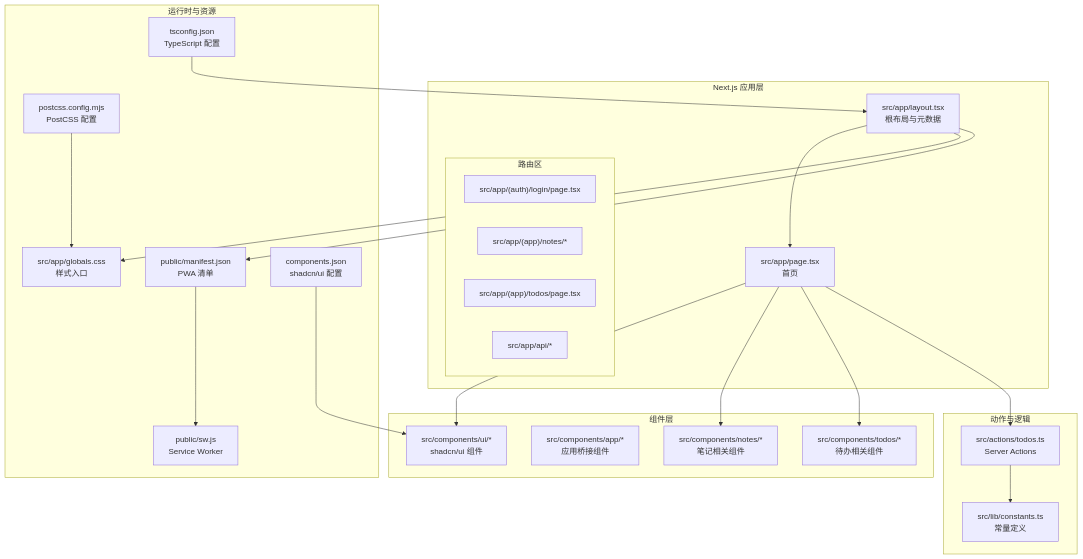
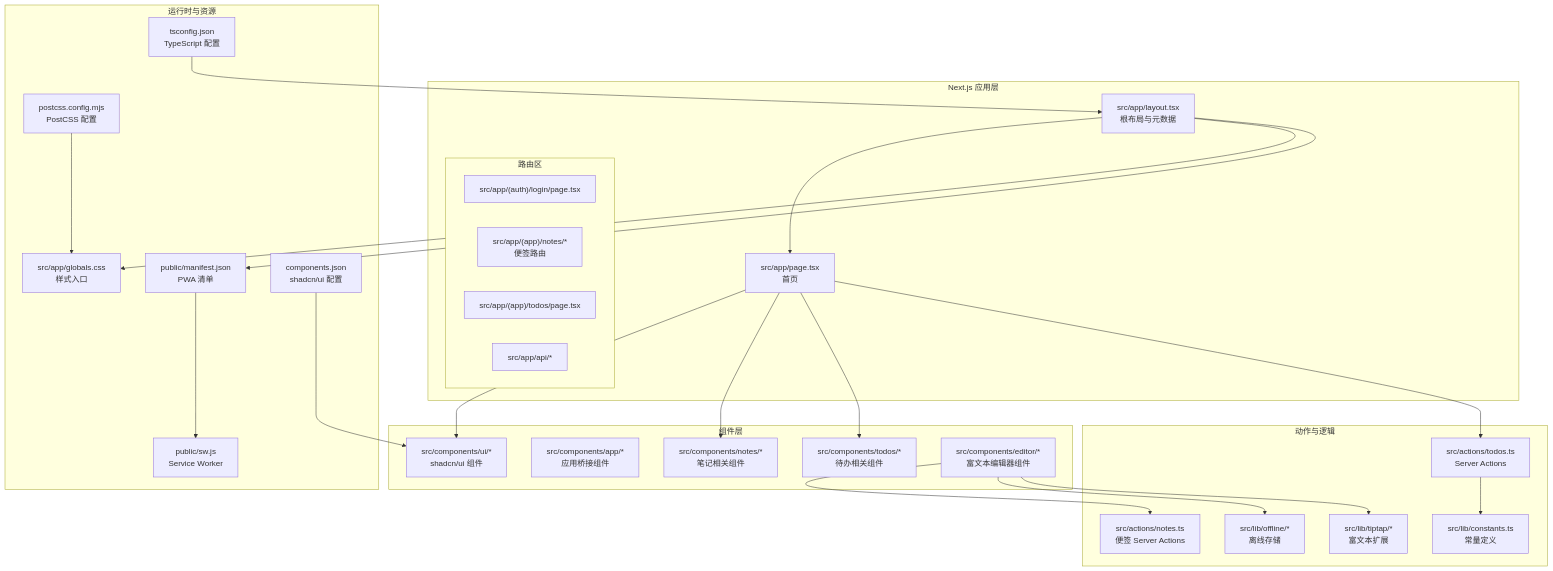
Before and after one commit to qiuziGirl/smart-todo: the first of 11 diagrams in .qoder/repowiki/zh/content/架构设计/前端架构设计.md, drawn with Mermaid. The commit also changed other lines of this file and 8 other files, not shown here.

````diff
--- a/.qoder/repowiki/zh/content/架构设计/前端架构设计.md
+++ b/.qoder/repowiki/zh/content/架构设计/前端架构设计.md
@@ -45,43 +61,50 @@
 ```mermaid
 graph TB
 subgraph "Next.js 应用层"
 L["src/app/layout.tsx<br/>根布局与元数据"]
 P["src/app/page.tsx<br/>首页"]
 subgraph "路由区"
 R1["src/app/(auth)/login/page.tsx"]
-R2["src/app/(app)/notes/*"]
+R2["src/app/(app)/notes/*<br/>便签路由"]
 R3["src/app/(app)/todos/page.tsx"]
 R4["src/app/api/*"]
 end
 end
 subgraph "组件层"
 C1["src/components/ui/*<br/>shadcn/ui 组件"]
 C2["src/components/app/*<br/>应用桥接组件"]
 C3["src/components/notes/*<br/>笔记相关组件"]
 C4["src/components/todos/*<br/>待办相关组件"]
+C5["src/components/editor/*<br/>富文本编辑器组件"]
 end
 subgraph "动作与逻辑"
 A1["src/actions/todos.ts<br/>Server Actions"]
+A2["src/actions/notes.ts<br/>便签 Server Actions"]
 L1["src/lib/constants.ts<br/>常量定义"]
+L2["src/lib/offline/*<br/>离线存储"]
+L3["src/lib/tiptap/*<br/>富文本扩展"]
 end
 subgraph "运行时与资源"
 M["public/manifest.json<br/>PWA 清单"]
 S["public/sw.js<br/>Service Worker"]
 G["src/app/globals.css<br/>样式入口"]
 T["tsconfig.json<br/>TypeScript 配置"]
 PC["postcss.config.mjs<br/>PostCSS 配置"]
 CC["components.json<br/>shadcn/ui 配置"]
 end
 L --> P
 P --> C1
 P --> C3
 P --> C4
 P --> A1
 A1 --> L1
 L --> G
 L --> M
 M --> S
 T --> L
 PC --> G
 CC --> C1
+C5 --> A2
+C5 --> L2
+C5 --> L3
 ```
````
